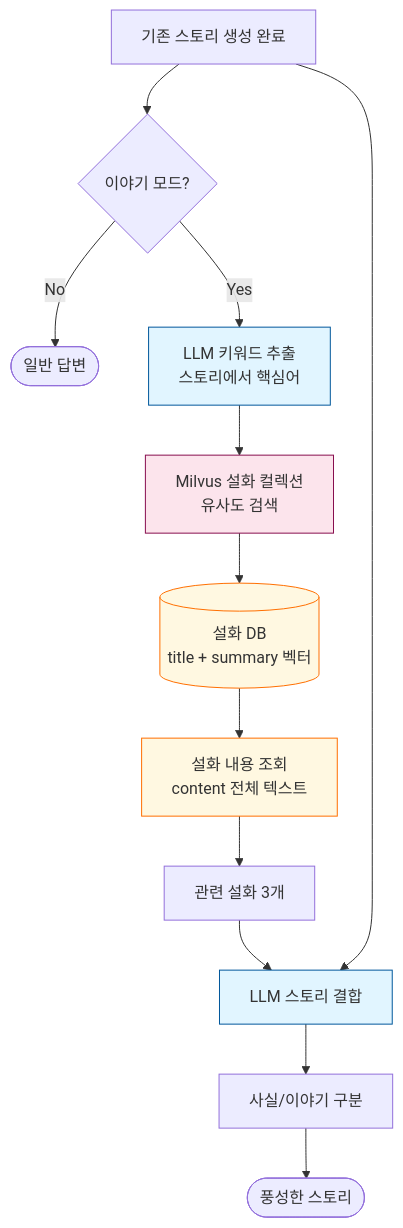
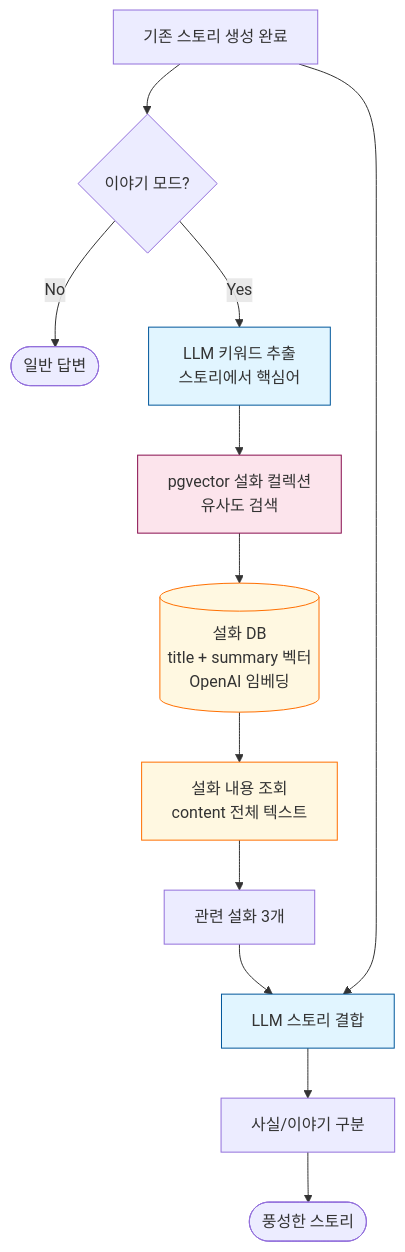
Before and after one commit to SKNETWORKS-FAMILY-AICAMP/SKN18-FINAL-3TEAM: the fourth of 5 diagrams in backend/ontology_langgraph_structure/docs/README.md, drawn with Mermaid. The commit also changed other lines of this file and 13 other files, not shown here.

````diff
--- a/backend/ontology_langgraph_structure/docs/README.md
+++ b/backend/ontology_langgraph_structure/docs/README.md
@@ -1096,25 +1402,25 @@
 ```mermaid
 graph TD
     Story[기존 스토리 생성 완료] --> Check{이야기 모드?}
 
     Check -->|No| Output1([일반 답변])
     Check -->|Yes| Extract[LLM 키워드 추출<br/>스토리에서 핵심어]
 
-    Extract --> Search[Milvus 설화 컬렉션<br/>유사도 검색]
-    Search --> FolktaleDB[(설화 DB<br/>title + summary 벡터)]
+    Extract --> Search[pgvector 설화 컬렉션<br/>유사도 검색]
+    Search --> FolktaleDB[(설화 DB<br/>title + summary 벡터<br/>OpenAI 임베딩)]
 
     FolktaleDB --> Fetch[설화 내용 조회<br/>content 전체 텍스트]
     Fetch --> Folktales[관련 설화 3개]
 
     Story --> Merge[LLM 스토리 결합]
     Folktales --> Merge
 
     Merge --> Separate[사실/이야기 구분]
     Separate --> Output2([풍성한 스토리])
 
     style Search fill:#fce4ec,stroke:#880e4f
     style FolktaleDB fill:#fff8e1,stroke:#ff6f00
     style Fetch fill:#fff8e1,stroke:#ff6f00
     style Merge fill:#e1f5ff,stroke:#01579b
     style Extract fill:#e1f5ff,stroke:#01579b
 ```
````
